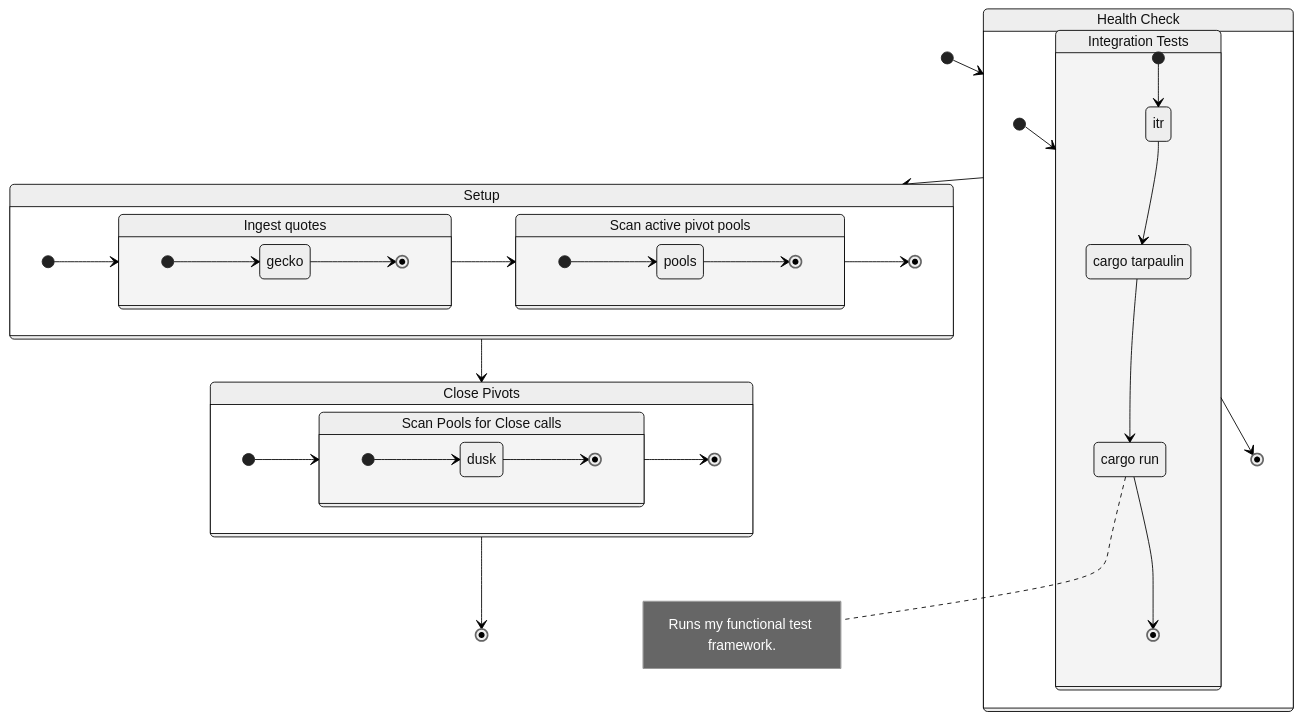
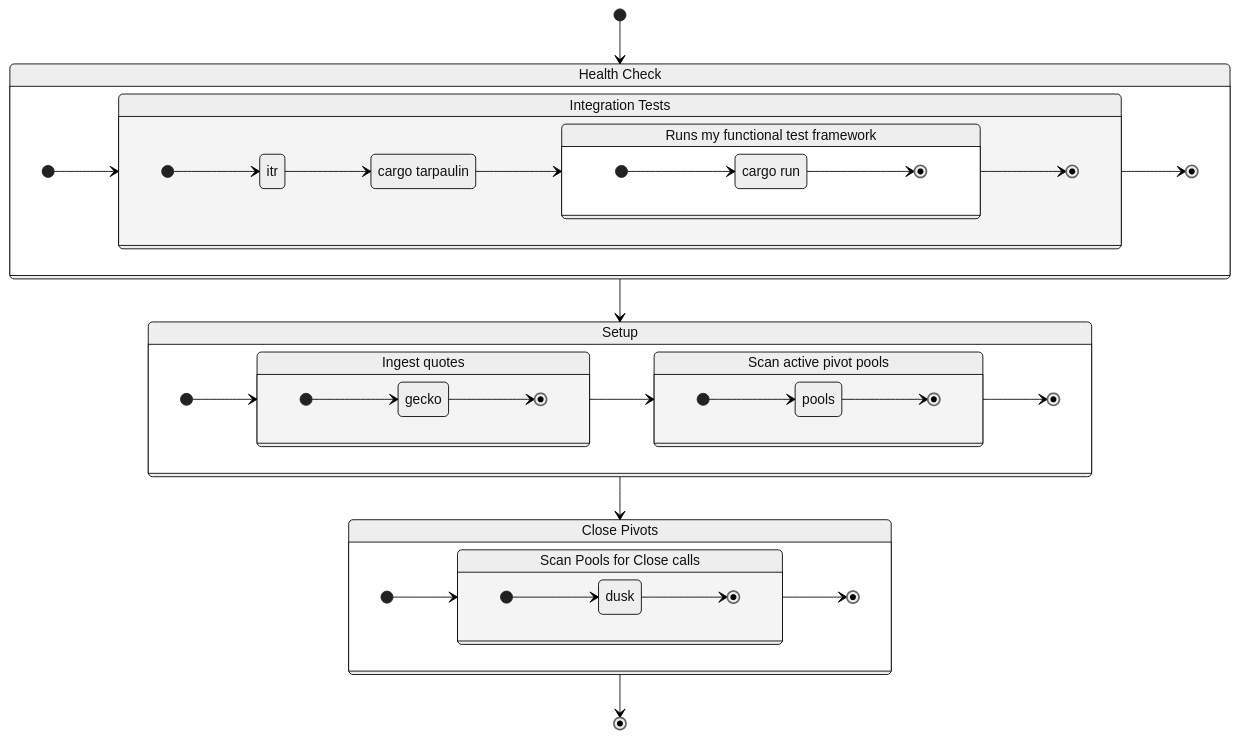
Before and after one commit to pivoteur/protocol: the diagram in dapps/README.md, drawn with Mermaid (neutral theme).

Commit message:
changed func description from a note to a state-header

````diff
--- a/dapps/README.md
+++ b/dapps/README.md
@@ -5,64 +5,67 @@
 ```mermaid
 stateDiagram-v2
+   Run: cargo run
    [*] --> Tests
    Tests --> Setup
    Setup --> Closes
    Closes --> [*]
 
    Tests: Health Check
    state Tests {
       direction LR
       [*] --> Integration
       Integration --> [*]
 
       Integration: Integration Tests
       state Integration {
          direction LR
          Tarp: cargo tarpaulin
-         Func: cargo run
-         note right of Func
-            Runs my functional test framework.
-         end note
          [*] --> itr
          itr --> Tarp
          Tarp --> Func
          Func --> [*]
+         Func: Runs my functional test framework
+         state Func {
+            direction LR
+            [*] --> Run
+            Run --> [*]
+         }
       }
    }
 
    Setup: Setup
    state Setup {
       direction LR
       [*] --> Quotes
       Quotes --> Pools
       Pools --> [*]
 
       Quotes: Ingest quotes
       state Quotes {
          direction LR
          [*] --> gecko
          gecko --> [*]
       }
 
       Pools: Scan active pivot pools
       state Pools {
          direction LR
          [*] --> pools
          pools --> [*]
       }
    }
 
    Closes: Close Pivots
    state Closes {
       direction LR
       [*] --> Scan
       Scan --> [*]
 
       Scan: Scan Pools for Close calls
       state Scan {
          direction LR
          [*] --> dusk
          dusk --> [*]
       }
    }
 ```
````
